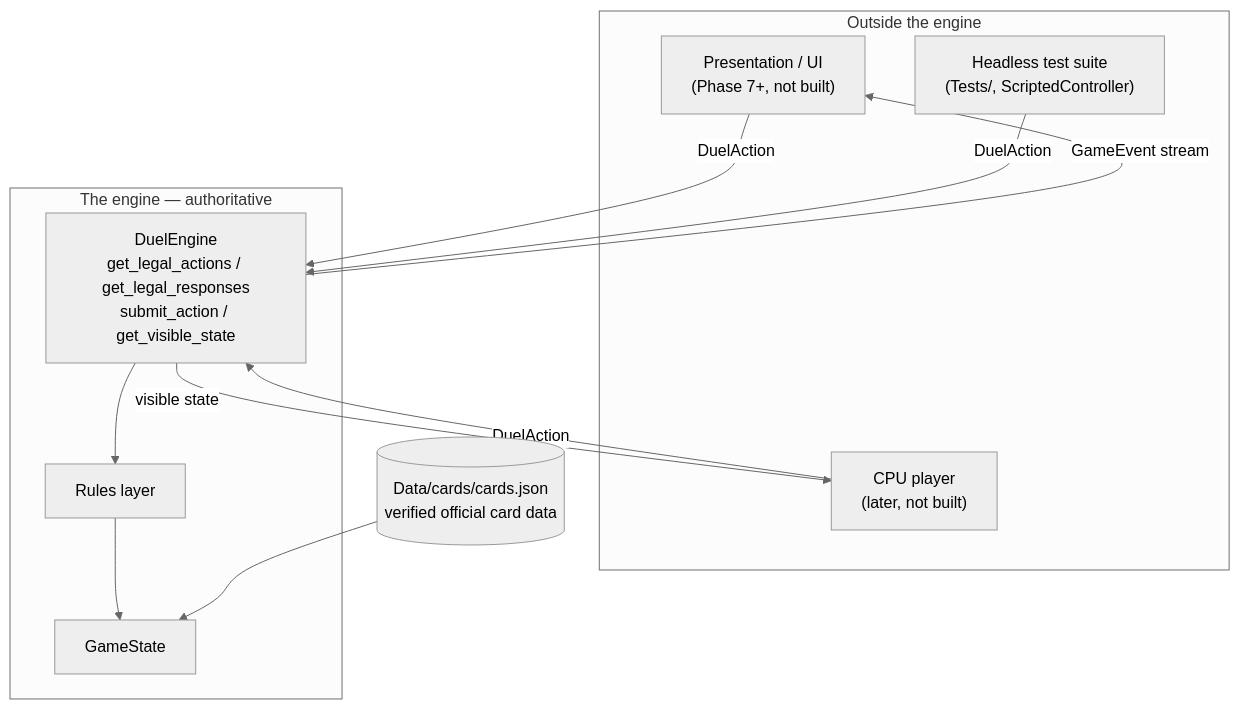
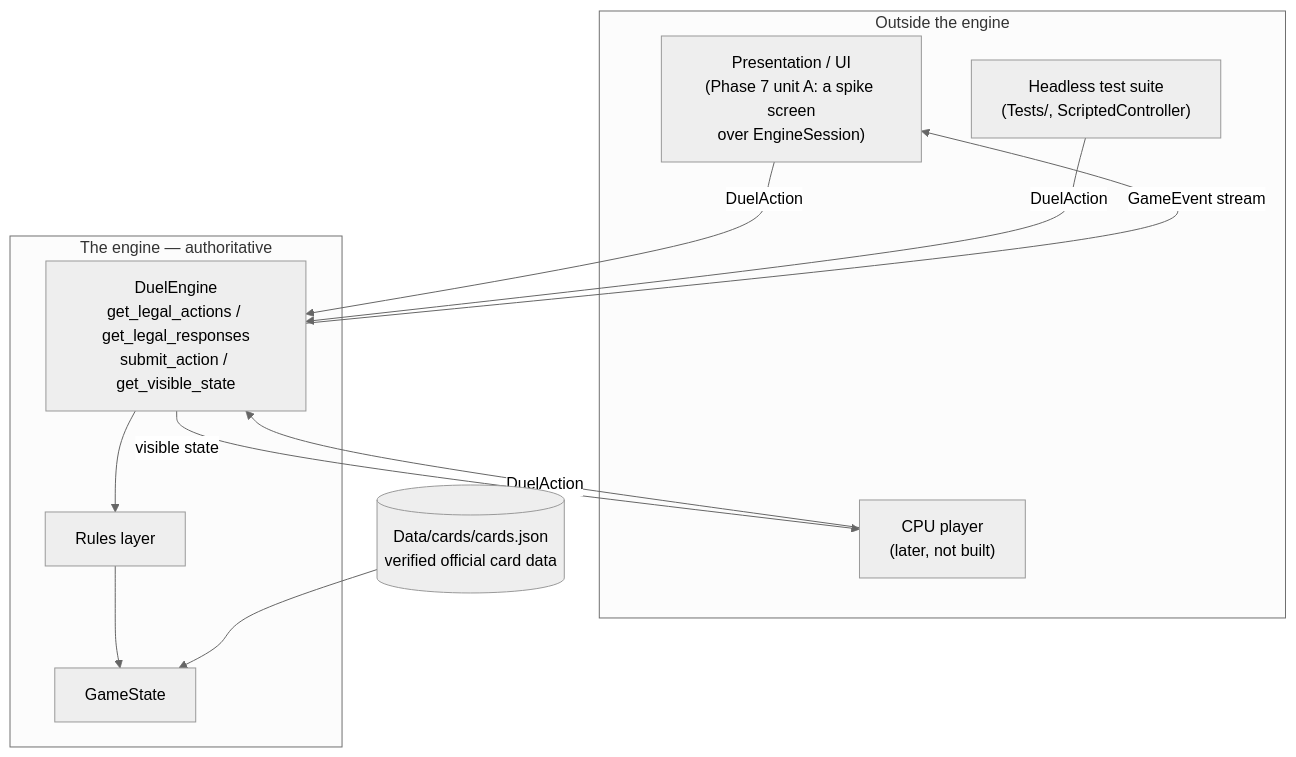
Before and after one commit to la3679/yu-gi-oh-duel-arena-godot: the first of 6 diagrams in docs/ARCHITECTURE.md, drawn with Mermaid (neutral theme). The commit also changed other lines of this file and 24 other files, not shown here.

````diff
--- a/docs/ARCHITECTURE.md
+++ b/docs/ARCHITECTURE.md
@@ -46,24 +47,24 @@
 ```mermaid
 flowchart TB
     subgraph outside["Outside the engine"]
-        UI["Presentation / UI<br/>(Phase 7+, not built)"]
+        UI["Presentation / UI<br/>(Phase 7 unit A: a spike screen<br/>over EngineSession)"]
         CPU["CPU player<br/>(later, not built)"]
         TESTS["Headless test suite<br/>(Tests/, ScriptedController)"]
     end
 
     subgraph engine["The engine — authoritative"]
         API["DuelEngine<br/>get_legal_actions / get_legal_responses<br/>submit_action / get_visible_state"]
         RULES["Rules layer"]
         STATE["GameState"]
     end
 
     DATA[("Data/cards/cards.json<br/>verified official card data")]
 
     UI -->|"DuelAction"| API
     CPU -->|"DuelAction"| API
     TESTS -->|"DuelAction"| API
     API -->|"GameEvent stream"| UI
     API -->|"visible state"| CPU
     API --> RULES --> STATE
     DATA --> STATE
 ```
````
